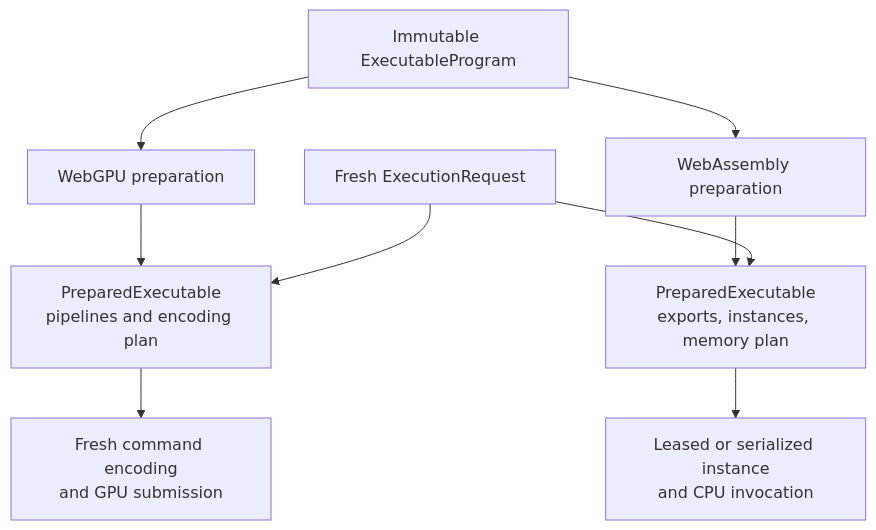
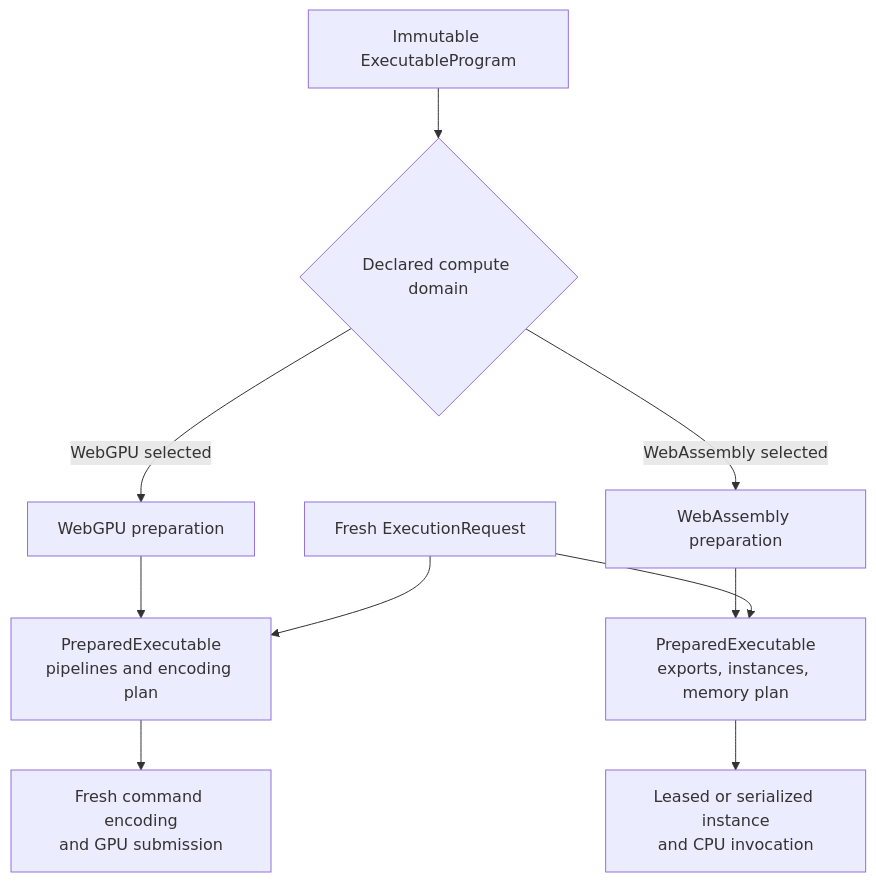
One commit to isaacperez/tabgrad changed the first of 2 diagrams in docs/architecture/backend-execution.md. Above: the diagram before and after it, drawn with Mermaid. The commit also changed other lines of this file and 7 other files, not shown here.

Commit message:
Clarify transfer lifecycle and architecture terms

````diff
--- a/docs/architecture/backend-execution.md
+++ b/docs/architecture/backend-execution.md
@@ -56,14 +61,16 @@
 ```mermaid
 flowchart TD
     Program[Immutable ExecutableProgram]
     Request[Fresh ExecutionRequest]
+    Target{Declared compute domain}
 
-    Program --> WGPrep[WebGPU preparation]
-    Program --> WAPrep[WebAssembly preparation]
+    Program --> Target
+    Target -->|WebGPU selected| WGPrep[WebGPU preparation]
+    Target -->|WebAssembly selected| WAPrep[WebAssembly preparation]
     WGPrep --> WGReady[PreparedExecutable<br/>pipelines and encoding plan]
     WAPrep --> WAReady[PreparedExecutable<br/>exports, instances, memory plan]
     Request --> WGReady
     Request --> WAReady
     WGReady --> GPU[Fresh command encoding<br/>and GPU submission]
     WAReady --> CPU[Leased or serialized instance<br/>and CPU invocation]
 ```
````
